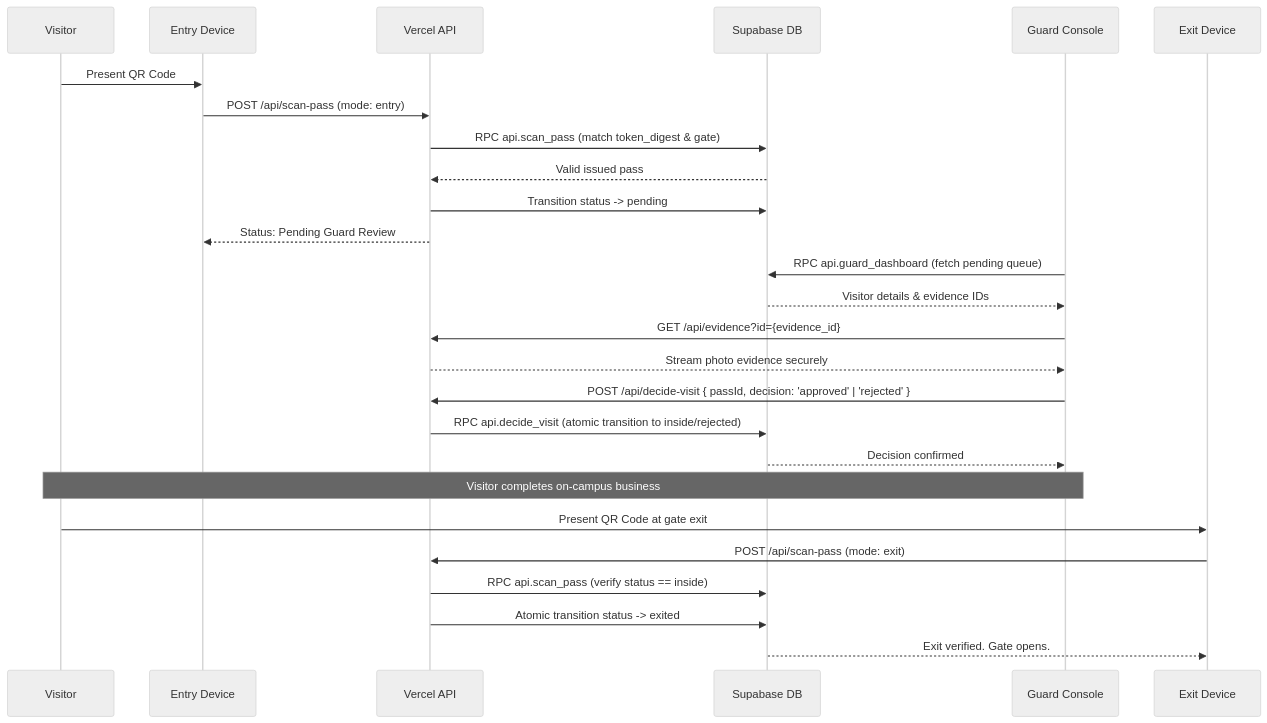
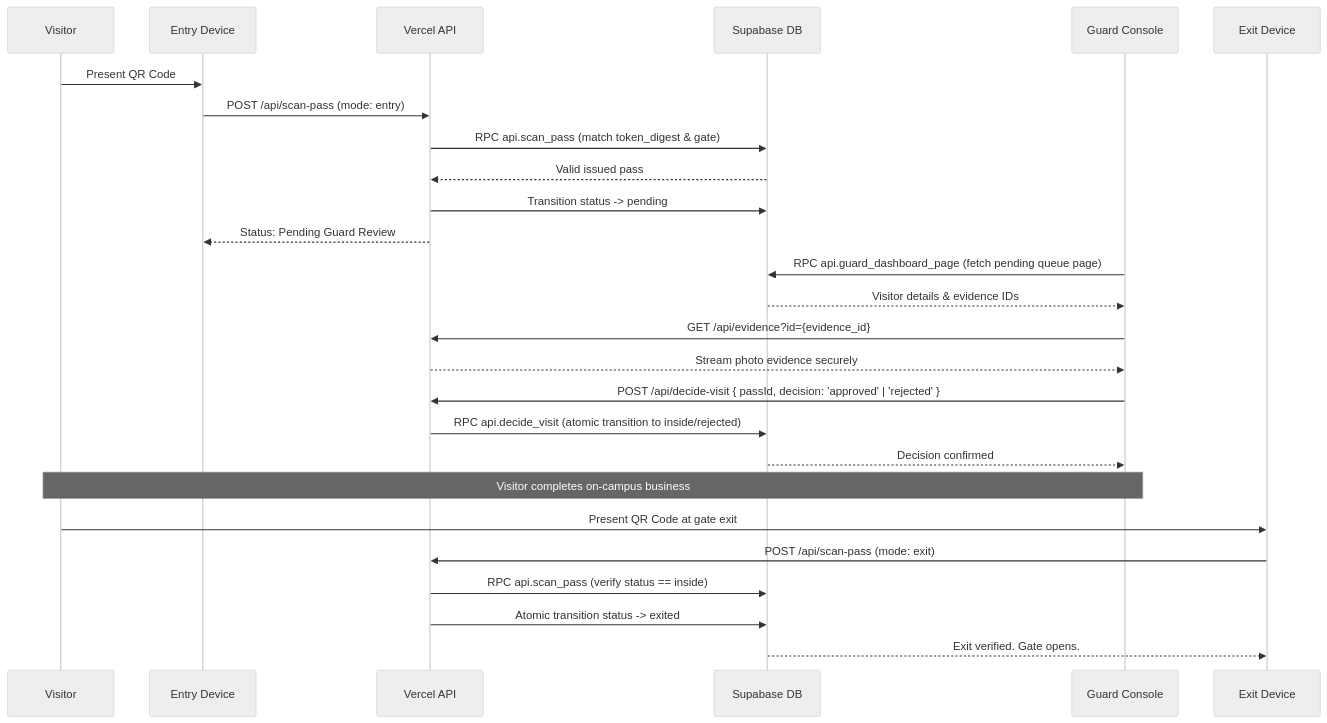
Before and after one commit to jsphhbna/egatepass: the third of 5 diagrams in docs/OPERATIONS.md, drawn with Mermaid (neutral theme). The commit also changed 6 other files, not shown here.

````diff
--- a/docs/OPERATIONS.md
+++ b/docs/OPERATIONS.md
@@ -84,32 +84,32 @@
 ```mermaid
 sequenceDiagram
     participant V as Visitor
     participant E as Entry Device
     participant API as Vercel API
     participant DB as Supabase DB
     participant G as Guard Console
     participant X as Exit Device
 
     V->>E: Present QR Code
     E->>API: POST /api/scan-pass (mode: entry)
     API->>DB: RPC api.scan_pass (match token_digest & gate)
     DB-->>API: Valid issued pass
     API->>DB: Transition status -> pending
     API-->>E: Status: Pending Guard Review
 
-    G->>DB: RPC api.guard_dashboard (fetch pending queue)
+    G->>DB: RPC api.guard_dashboard_page (fetch pending queue page)
     DB-->>G: Visitor details & evidence IDs
     G->>API: GET /api/evidence?id={evidence_id}
     API-->>G: Stream photo evidence securely
     G->>API: POST /api/decide-visit { passId, decision: 'approved' | 'rejected' }
     API->>DB: RPC api.decide_visit (atomic transition to inside/rejected)
     DB-->>G: Decision confirmed
 
     Note over V,G: Visitor completes on-campus business
 
     V->>X: Present QR Code at gate exit
     X->>API: POST /api/scan-pass (mode: exit)
     API->>DB: RPC api.scan_pass (verify status == inside)
     API->>DB: Atomic transition status -> exited
     DB-->>X: Exit verified. Gate opens.
 ```
````
